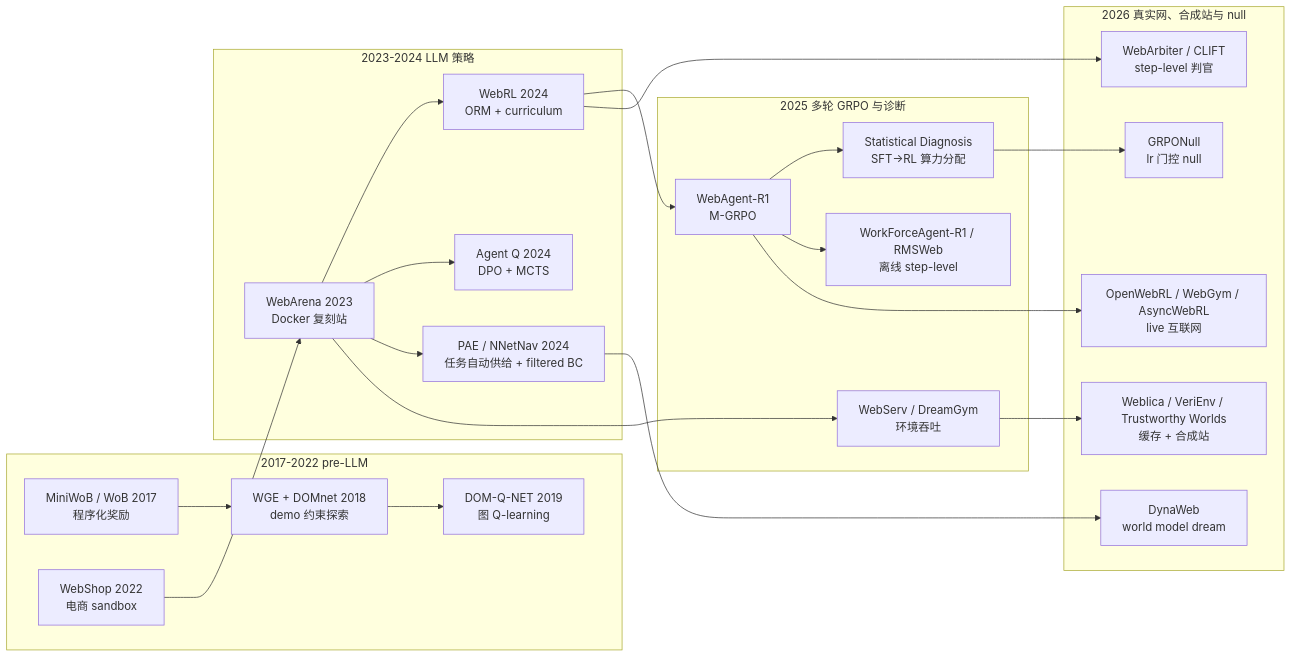
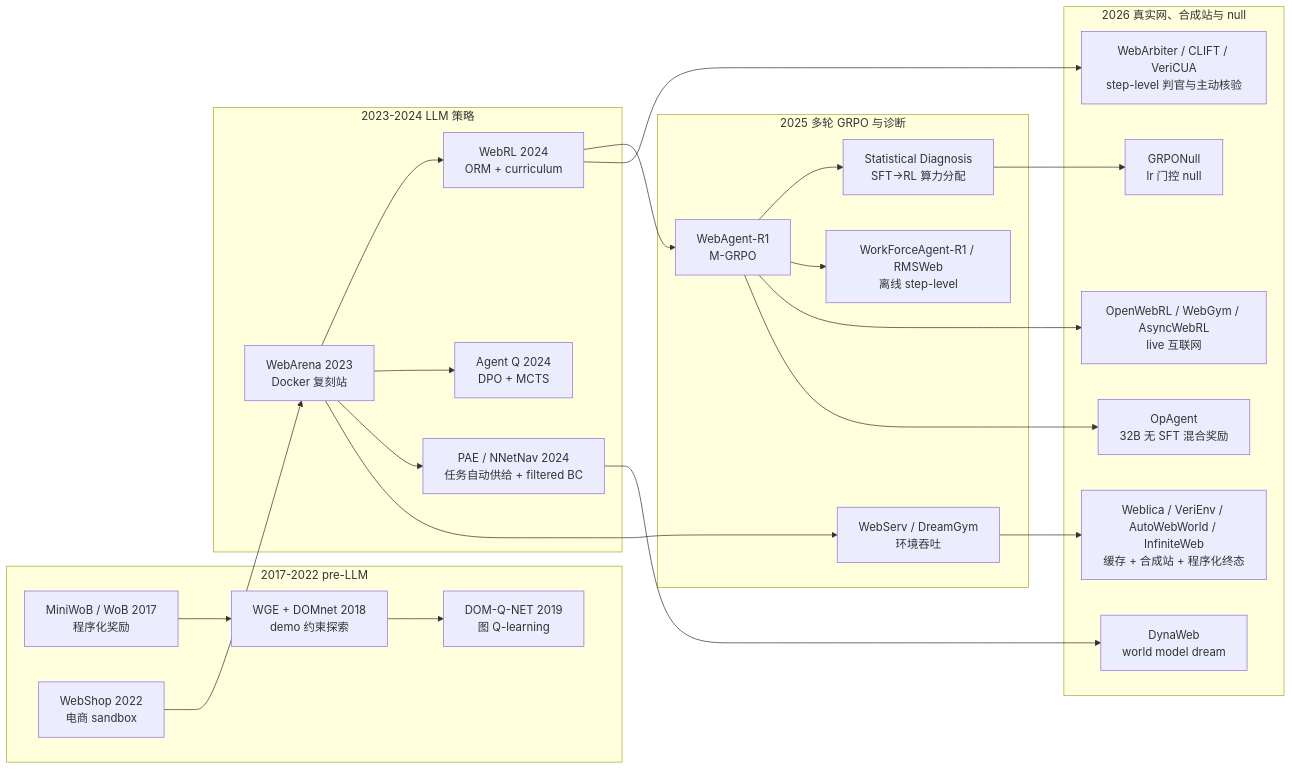
Before and after one commit to Kendrick-Stein/MCISLAB_DeepRead: the diagram in Topics/WebAgentRL-Training.md, drawn with Mermaid. The commit also changed other lines of this file and 3 other files, not shown here.

First line of the commit message:
survey: WebAgentRL-Training 增量更新 50→71 篇——Open Problems 分层（1 Validated Gap）+ 新增"挑战与可做的点"

````diff
--- a/Topics/WebAgentRL-Training.md
+++ b/Topics/WebAgentRL-Training.md
@@ -27,37 +27,39 @@
 ```mermaid
 graph LR
   subgraph preLLM["2017-2022 pre-LLM"]
     MW["MiniWoB / WoB 2017<br/>程序化奖励"]
     WGE["WGE + DOMnet 2018<br/>demo 约束探索"]
     DQN["DOM-Q-NET 2019<br/>图 Q-learning"]
     WS["WebShop 2022<br/>电商 sandbox"]
   end
   subgraph era1["2023-2024 LLM 策略"]
     WA["WebArena 2023<br/>Docker 复刻站"]
     AQ["Agent Q 2024<br/>DPO + MCTS"]
     WR["WebRL 2024<br/>ORM + curriculum"]
     PAE["PAE / NNetNav 2024<br/>任务自动供给 + filtered BC"]
   end
   subgraph era2["2025 多轮 GRPO 与诊断"]
     WR1["WebAgent-R1<br/>M-GRPO"]
     SD["Statistical Diagnosis<br/>SFT→RL 算力分配"]
     WF["WorkForceAgent-R1 / RMSWeb<br/>离线 step-level"]
     WSV["WebServ / DreamGym<br/>环境吞吐"]
   end
   subgraph era3["2026 真实网、合成站与 null"]
     OW["OpenWebRL / WebGym / AsyncWebRL<br/>live 互联网"]
-    SYN["Weblica / VeriEnv / Trustworthy Worlds<br/>缓存 + 合成站"]
+    SYN["Weblica / VeriEnv / AutoWebWorld / InfiniteWeb<br/>缓存 + 合成站 + 程序化终态"]
     DW["DynaWeb<br/>world model dream"]
     NULL["GRPONull<br/>lr 门控 null"]
-    PRM["WebArbiter / CLIFT<br/>step-level 判官"]
+    OPA["OpAgent<br/>32B 无 SFT 混合奖励"]
+    PRM["WebArbiter / CLIFT / VeriCUA<br/>step-level 判官与主动核验"]
   end
   MW --> WGE --> DQN
   WS --> WA --> WR --> WR1
   WA --> AQ
   WA --> PAE --> DW
   WR1 --> SD --> NULL
   WR1 --> WF
   WA --> WSV --> SYN
   WR1 --> OW
+  WR1 --> OPA
   WR --> PRM
 ```
````
